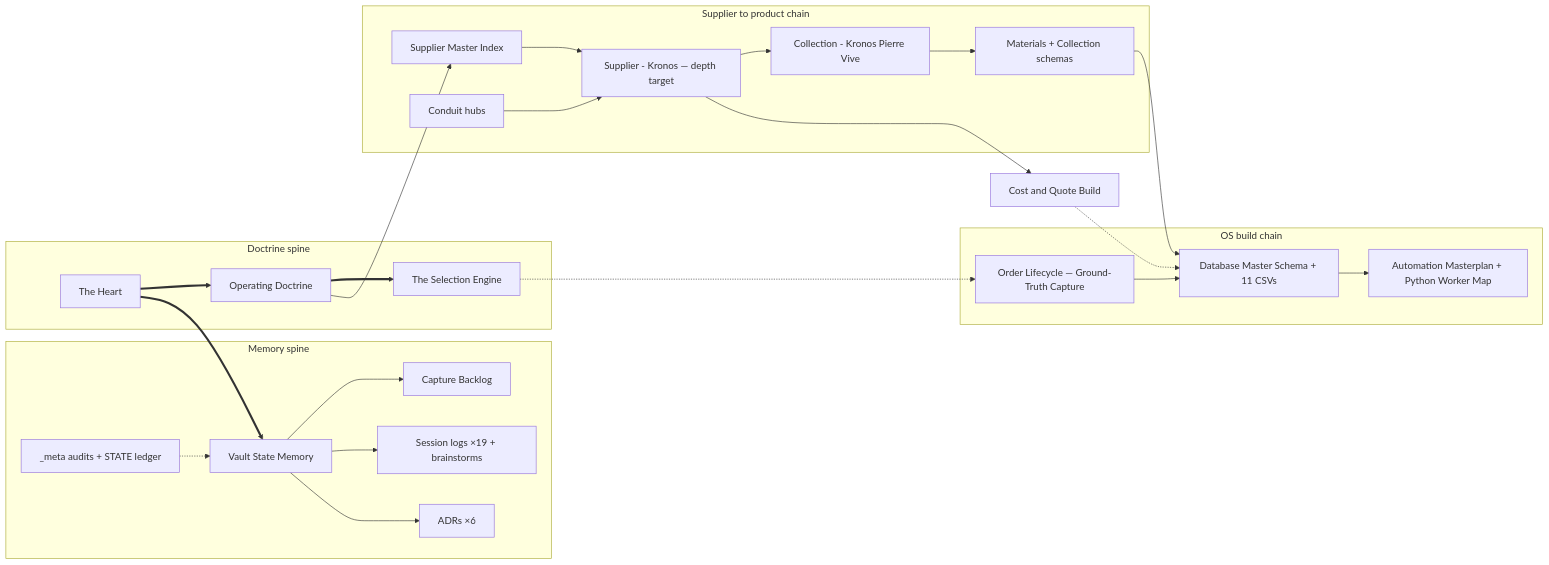
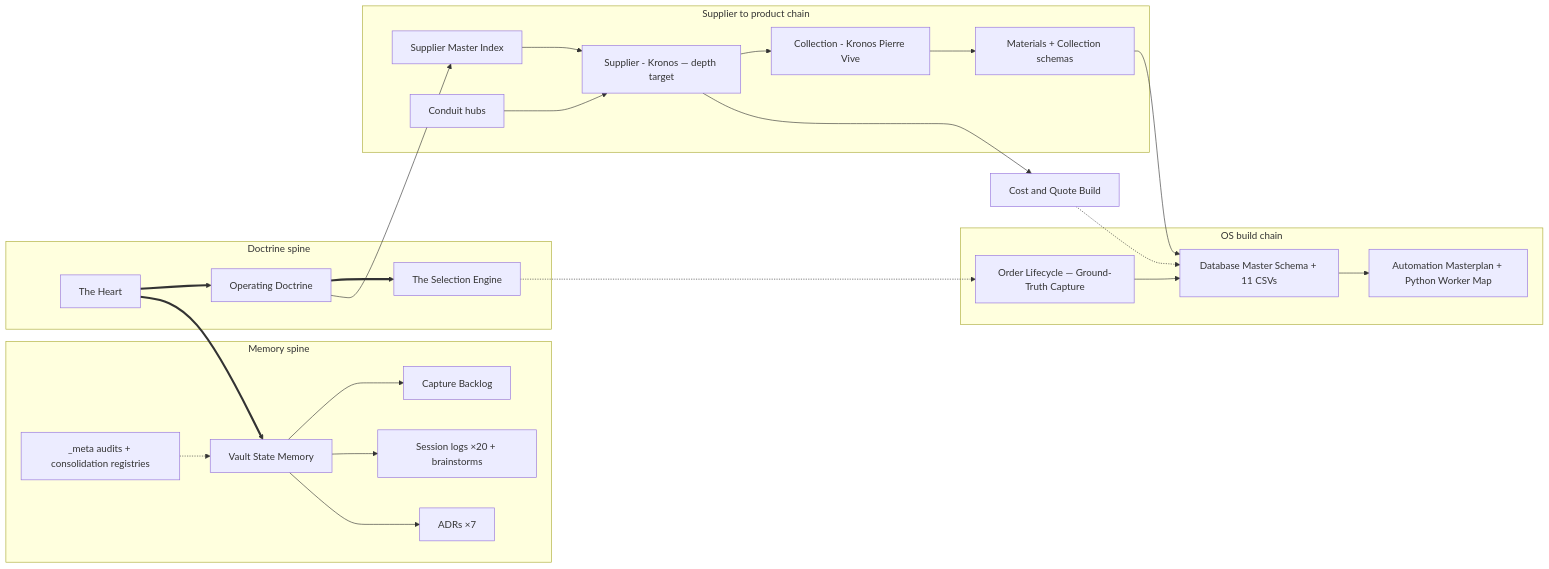
The seventh of 7 diagrams in docs/REPO_ANALYSIS.md (OrfeasDelis/afoi-deli-vault), drawn with Mermaid before and after one commit. The commit also changed other lines of this file and 17 other files, not shown here.

Commit message:
docs: first consolidation baseline (Pass 0-2) — 49-correction matrix, overlap + canonical registries, baseline report; analysis v1.4 (leak fixes + suite refresh); session log

````diff
--- a/docs/REPO_ANALYSIS.md
+++ b/docs/REPO_ANALYSIS.md
@@ -312,29 +313,29 @@
 ```mermaid
 graph LR
     subgraph doct["Doctrine spine"]
         heart["The Heart"] ==> od["Operating Doctrine"]
         od ==> se["The Selection Engine"]
     end
     subgraph mem["Memory spine"]
         vsm["Vault State Memory"] --> cb["Capture Backlog"]
-        vsm --> sess["Session logs ×19 + brainstorms"]
-        vsm --> adr["ADRs ×6"]
-        aud["_meta audits + STATE ledger"] -.-> vsm
+        vsm --> sess["Session logs ×20 + brainstorms"]
+        vsm --> adr["ADRs ×7"]
+        aud["_meta audits + consolidation registries"] -.-> vsm
     end
     subgraph supchain["Supplier to product chain"]
         smi["Supplier Master Index"] --> kron["Supplier - Kronos — depth target"]
         cond2["Conduit hubs"] --> kron
         kron --> pv["Collection - Kronos Pierre Vive"]
         pv --> msch["Materials + Collection schemas"]
     end
     subgraph osb["OS build chain"]
         gt["Order Lifecycle — Ground-Truth Capture"] --> dbs["Database Master Schema + 11 CSVs"]
         dbs --> am["Automation Masterplan + Python Worker Map"]
     end
     heart ==> vsm
     od --> smi
     se -.-> gt
     msch --> dbs
     kron --> cqb["Cost and Quote Build"]
     cqb -.-> dbs
 ```
````
